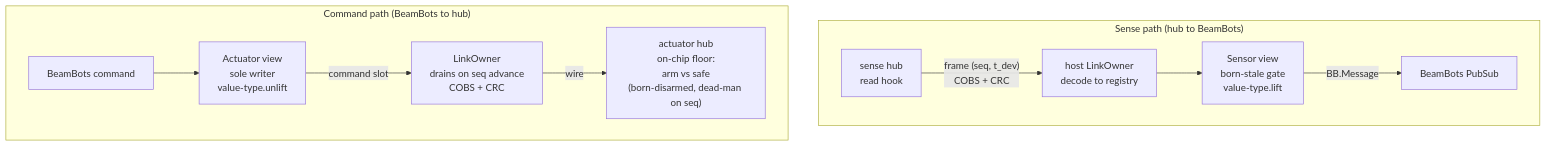
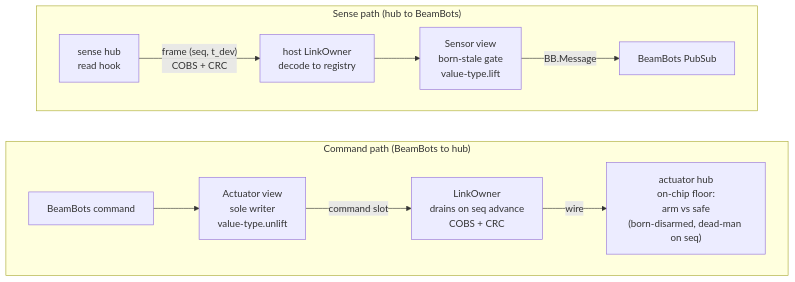
One commit to jimsynz/bb_mcuhub changed the diagram in README.md. Above: the diagram before and after it, drawn with Mermaid. The commit also changed other lines of this file and 34 other files, not shown here.

````diff
--- a/README.md
+++ b/README.md
@@ -459,16 +528,18 @@
 ```mermaid
 flowchart TB
   subgraph sense["Sense path (hub to BeamBots)"]
     direction LR
     S1["sense hub<br/>read hook"] -->|"frame (seq, t_dev)<br/>COBS + CRC"| S2["host LinkOwner<br/>decode to registry"]
     S2 --> S3["Sensor view<br/>born-stale gate<br/>value-type.lift"]
     S3 -->|"BB.Message"| S4["BeamBots PubSub"]
   end
 
   subgraph cmd["Command path (BeamBots to hub)"]
     direction LR
     C1["BeamBots command"] --> C2["Actuator view<br/>sole writer<br/>value-type.unlift"]
     C2 -->|"command slot"| C3["LinkOwner<br/>drains on seq advance<br/>COBS + CRC"]
     C3 -->|"wire"| C4["actuator hub<br/>on-chip floor:<br/>arm vs safe<br/>(born-disarmed, dead-man on seq)"]
   end
+
+  sense ~~~ cmd
 ```
````
